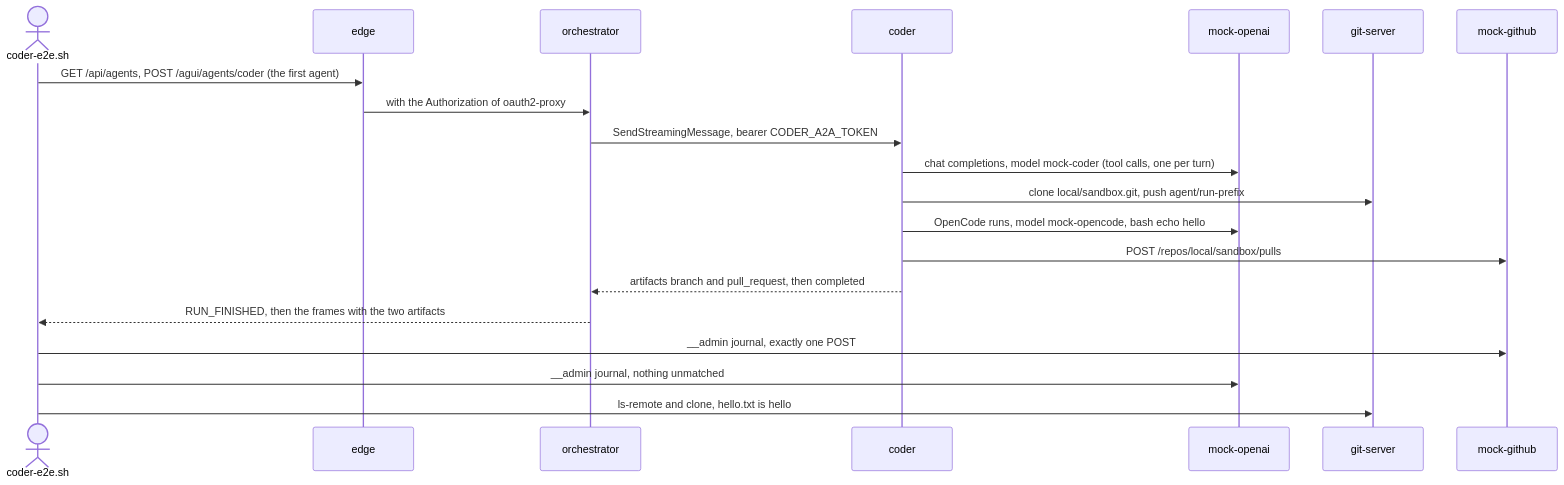
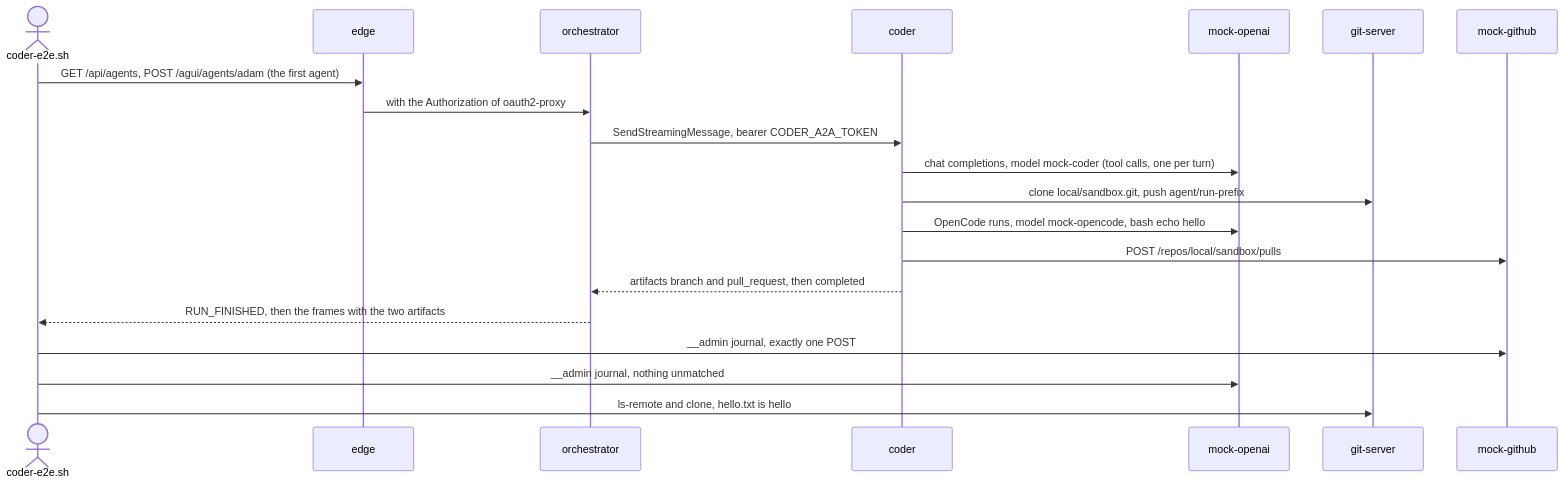
Before and after one commit to vymalo/another-agentic-system: the third of 37 diagrams in dev/README.md, drawn with Mermaid. The commit also changed other lines of this file and 126 other files, not shown here.

First line of the commit message:
feat: the coder is shown as Adam, agents have aliases, and the chat has sub-agents (#194)

````diff
--- a/dev/README.md
+++ b/dev/README.md
@@ -564,22 +567,22 @@
 ```mermaid
 sequenceDiagram
   actor U as coder-e2e.sh
   participant E as edge
   participant O as orchestrator
   participant C as coder
   participant M as mock-openai
   participant G as git-server
   participant H as mock-github
-  U->>E: GET /api/agents, POST /agui/agents/coder (the first agent)
+  U->>E: GET /api/agents, POST /agui/agents/adam (the first agent)
   E->>O: with the Authorization of oauth2-proxy
   O->>C: SendStreamingMessage, bearer CODER_A2A_TOKEN
   C->>M: chat completions, model mock-coder (tool calls, one per turn)
   C->>G: clone local/sandbox.git, push agent/run-prefix
   C->>M: OpenCode runs, model mock-opencode, bash echo hello
   C->>H: POST /repos/local/sandbox/pulls
   C-->>O: artifacts branch and pull_request, then completed
   O-->>U: RUN_FINISHED, then the frames with the two artifacts
   U->>H: __admin journal, exactly one POST
   U->>M: __admin journal, nothing unmatched
   U->>G: ls-remote and clone, hello.txt is hello
 ```
````
